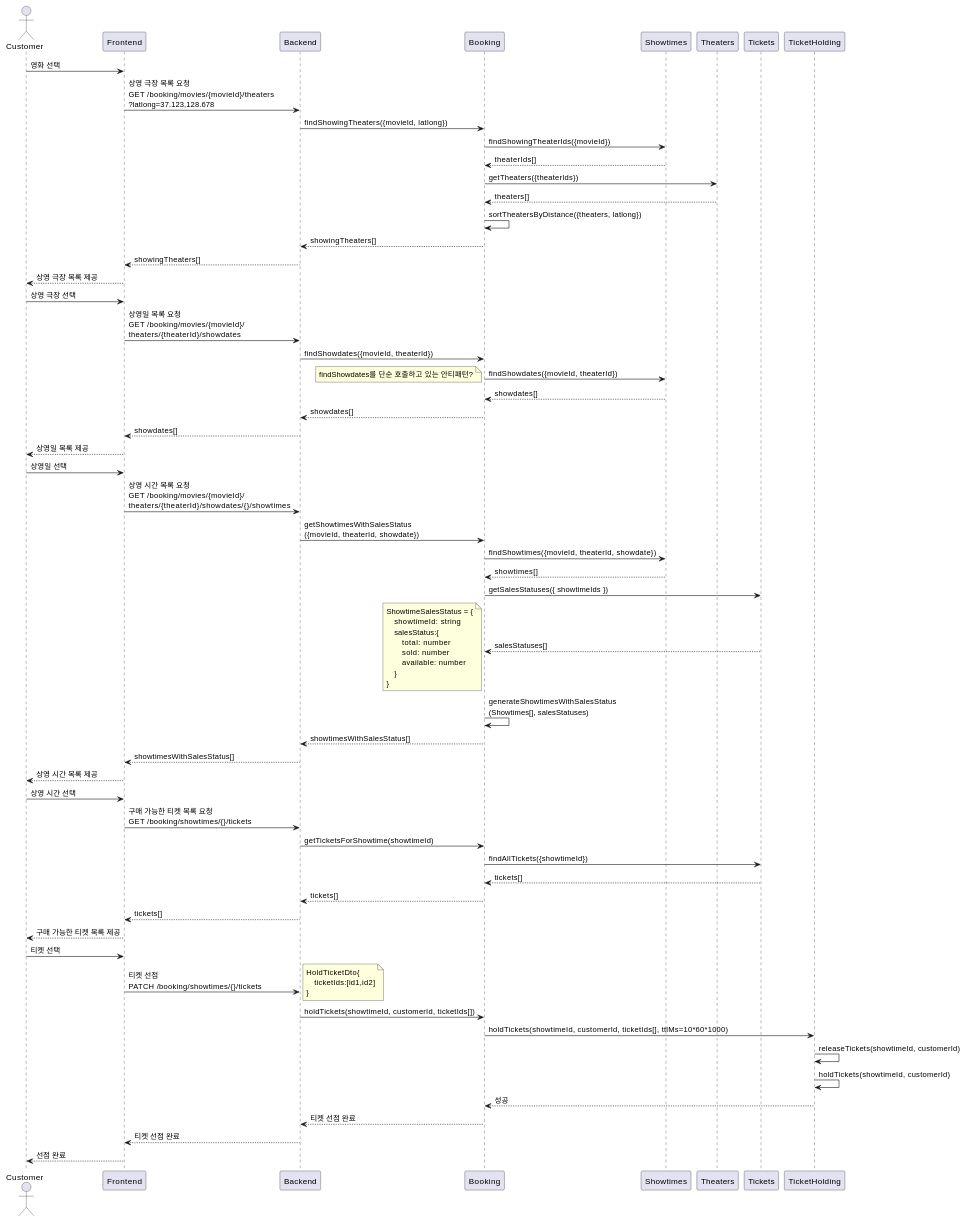
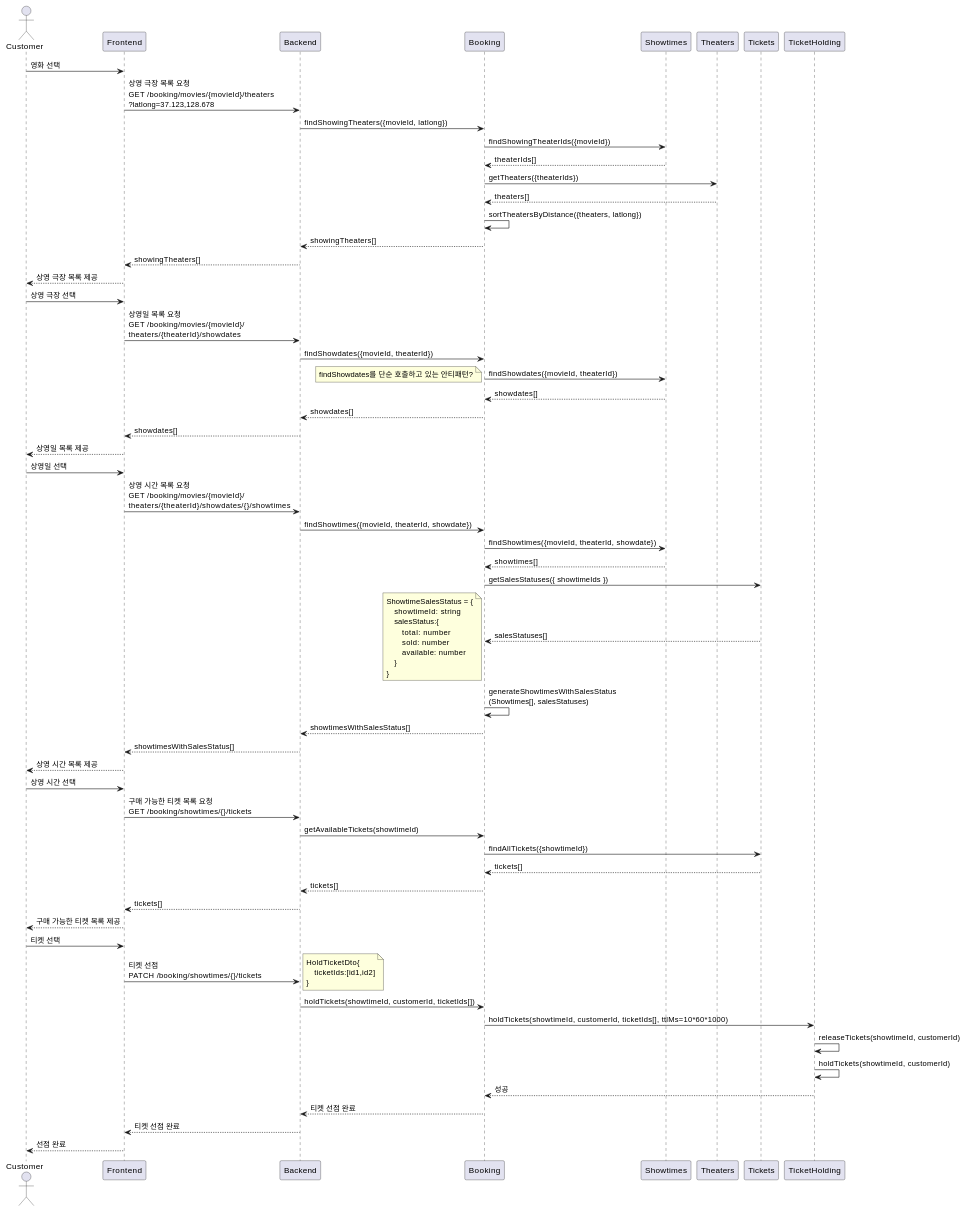
Before and after one commit to mannercode/nest-seed: the second of 3 diagrams in docs/tickets-purchase.md, drawn with PlantUML. The commit also changed 24 other files, not shown here.

````diff
--- a/docs/tickets-purchase.md
+++ b/docs/tickets-purchase.md
@@ -106,76 +106,76 @@
 ```plantuml
 @startuml
 actor Customer
 
 Customer -> Frontend: 영화 선택
     Frontend -> Backend: 상영 극장 목록 요청\nGET /booking/movies/{movieId}/theaters\n?latlong=37.123,128.678
         Backend -> Booking: findShowingTheaters({movieId, latlong})
             Booking -> Showtimes: findShowingTheaterIds({movieId})
             Booking <-- Showtimes: theaterIds[]
             Booking -> Theaters: getTheaters({theaterIds})
             Booking <-- Theaters: theaters[]
             Booking -> Booking: sortTheatersByDistance({theaters, latlong})
         Backend <-- Booking: showingTheaters[]
     Frontend <-- Backend: showingTheaters[]
 Customer <-- Frontend: 상영 극장 목록 제공
 
 Customer -> Frontend: 상영 극장 선택
     Frontend -> Backend: 상영일 목록 요청\nGET /booking/movies/{movieId}/\ntheaters/{theaterId}/showdates
         Backend -> Booking: findShowdates({movieId, theaterId})
             Booking -> Showtimes: findShowdates({movieId, theaterId})
                 note left
                 findShowdates를 단순 호출하고 있는 안티패턴?
                 end note
             Booking <-- Showtimes: showdates[]
         Backend <-- Booking: showdates[]
     Frontend <-- Backend: showdates[]
 Customer <-- Frontend: 상영일 목록 제공
 
 Customer -> Frontend: 상영일 선택
     Frontend -> Backend: 상영 시간 목록 요청\nGET /booking/movies/{movieId}/\ntheaters/{theaterId}/showdates/{}/showtimes
-        Backend -> Booking: getShowtimesWithSalesStatus\n({movieId, theaterId, showdate})
+        Backend -> Booking: findShowtimes({movieId, theaterId, showdate})
             Booking -> Showtimes: findShowtimes({movieId, theaterId, showdate})
             Booking <-- Showtimes: showtimes[]
             Booking -> Tickets: getSalesStatuses({ showtimeIds })
             Booking <-- Tickets: salesStatuses[]
             note left
             ShowtimeSalesStatus = {
                 showtimeId: string
                 salesStatus:{
                     total: number
                     sold: number
                     available: number
                 }
             }
             end note
             Booking -> Booking: generateShowtimesWithSalesStatus\n(Showtimes[], salesStatuses)
         Backend <-- Booking: showtimesWithSalesStatus[]
     Frontend <-- Backend: showtimesWithSalesStatus[]
 Customer <-- Frontend: 상영 시간 목록 제공
 
 Customer -> Frontend: 상영 시간 선택
     Frontend -> Backend: 구매 가능한 티켓 목록 요청\nGET /booking/showtimes/{}/tickets
-        Backend -> Booking: getTicketsForShowtime(showtimeId)
+        Backend -> Booking: getAvailableTickets(showtimeId)
             Booking -> Tickets: findAllTickets({showtimeId})
             Booking <-- Tickets: tickets[]
         Backend <-- Booking: tickets[]
     Frontend <-- Backend: tickets[]
 Customer <-- Frontend: 구매 가능한 티켓 목록 제공
 
 Customer -> Frontend: 티켓 선택
     Frontend -> Backend: 티켓 선점\nPATCH /booking/showtimes/{}/tickets
         note right
             HoldTicketDto{
                 ticketIds:[id1,id2]
             }
         end note
         Backend -> Booking: holdTickets(showtimeId, customerId, ticketIds[])
             Booking -> TicketHolding: holdTickets(showtimeId, customerId, ticketIds[], ttlMs=10*60*1000)
                 TicketHolding -> TicketHolding: releaseTickets(showtimeId, customerId)
                 TicketHolding -> TicketHolding: holdTickets(showtimeId, customerId)
             Booking <-- TicketHolding: 성공
         Backend <-- Booking: 티켓 선점 완료
     Frontend <-- Backend: 티켓 선점 완료
 Customer <-- Frontend: 선점 완료
 @enduml
 ```
````
